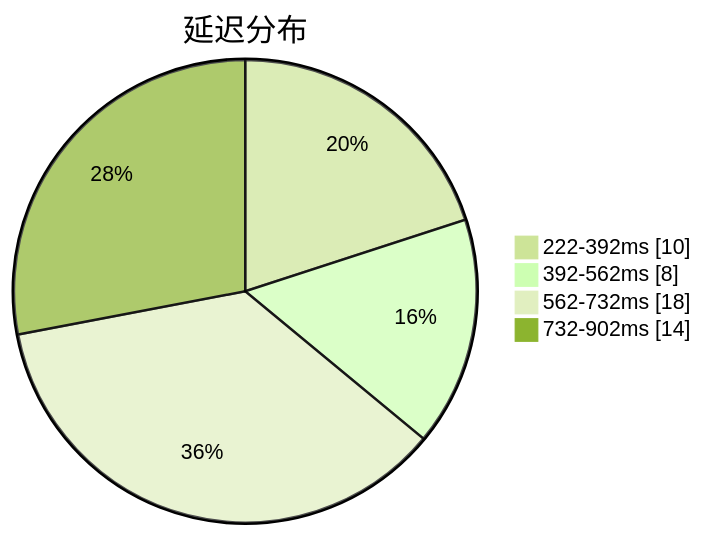
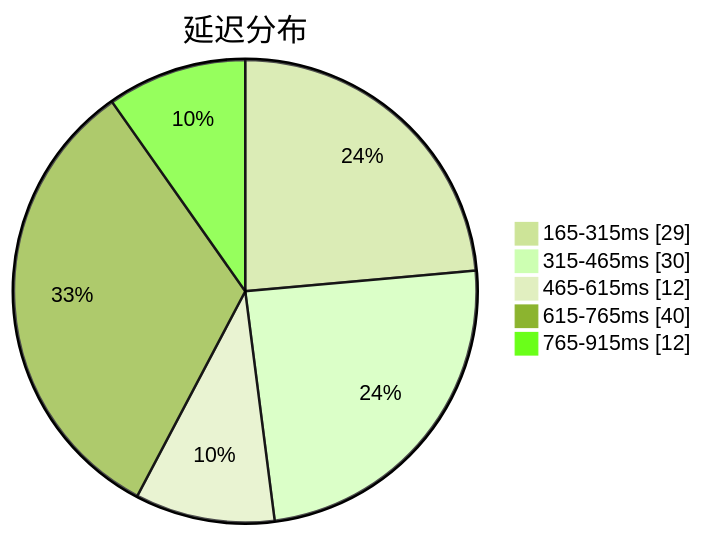
One commit to qjlxg/airport changed the first of 3 diagrams in subs/statistics/tested_within.md. Above: the diagram before and after it, drawn with Mermaid (forest theme). The commit also changed other lines of this file and 2 other files, not shown here.

Commit message:
Tested by metaST

````diff
--- a/subs/statistics/tested_within.md
+++ b/subs/statistics/tested_within.md
@@ -2,8 +2,9 @@
 ```mermaid
 pie showData
 title 延迟分布
-"222-392ms" : 10
-"392-562ms" : 8
-"562-732ms" : 18
-"732-902ms" : 14
+"165-315ms" : 29
+"315-465ms" : 30
+"465-615ms" : 12
+"615-765ms" : 40
+"765-915ms" : 12
 ```
````
